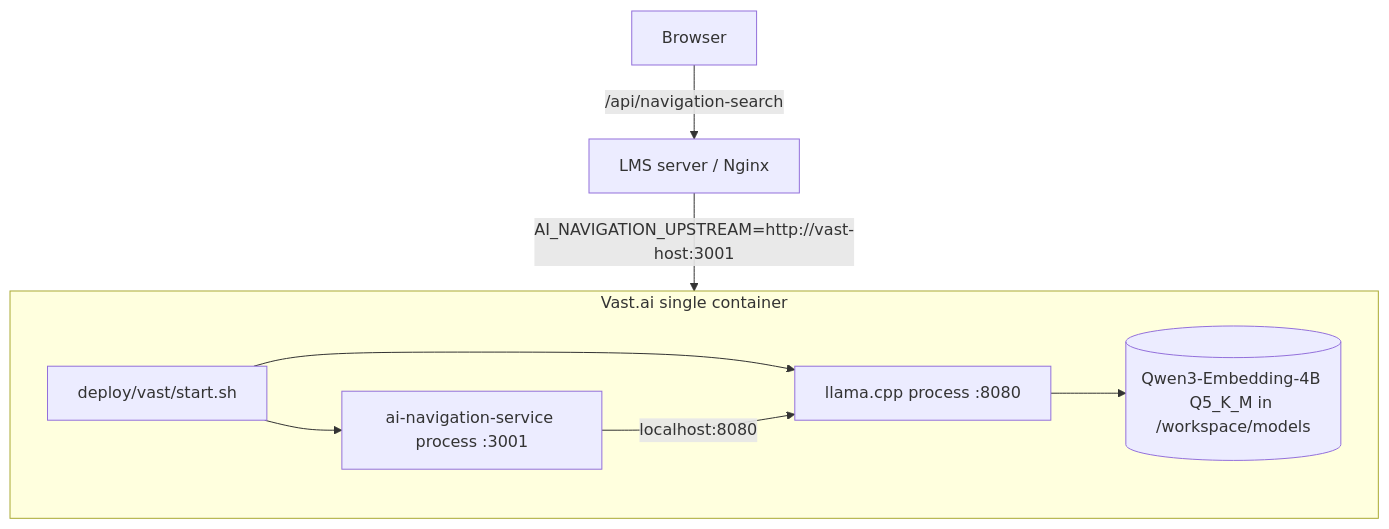
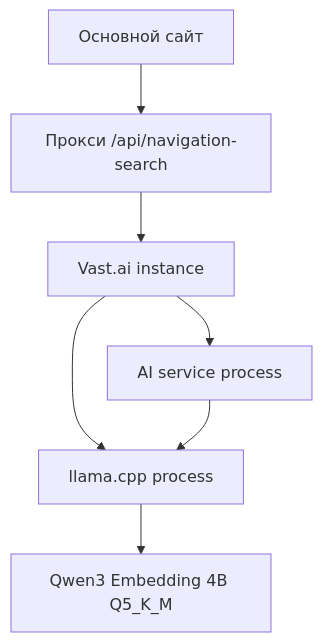
Before and after one commit to GockMock/MOSPOLI_LMS: the third of 12 diagrams in docs/ai-navigation-architecture.md, drawn with Mermaid. The commit also changed other lines of this file, not shown here.

Commit message:
Simplify Mermaid architecture docs in Russian

````diff
--- a/docs/ai-navigation-architecture.md
+++ b/docs/ai-navigation-architecture.md
@@ -67,14 +36,9 @@
 ```mermaid
 flowchart TB
-    LMS[LMS server / Nginx] -->|AI_NAVIGATION_UPSTREAM=http://vast-host:3001| Vast[Vast.ai instance container]
-
-    subgraph Vast[Vast.ai single container]
-        Start[deploy/vast/start.sh]
-        Start --> LlamaProc[llama.cpp process :8080]
-        Start --> NodeProc[ai-navigation-service process :3001]
-        LlamaProc --> VastModel[(Qwen3-Embedding-4B Q5_K_M in /workspace/models)]
-        NodeProc -->|localhost:8080| LlamaProc
-    end
-
-    Browser[Browser] -->|/api/navigation-search| LMS
+    site[Основной сайт] --> proxy[Прокси /api/navigation-search]
+    proxy --> vast[Vast.ai instance]
+    vast --> api[AI service process]
+    vast --> llama[llama.cpp process]
+    api --> llama
+    llama --> model[Qwen3 Embedding 4B Q5_K_M]
 ```
````
